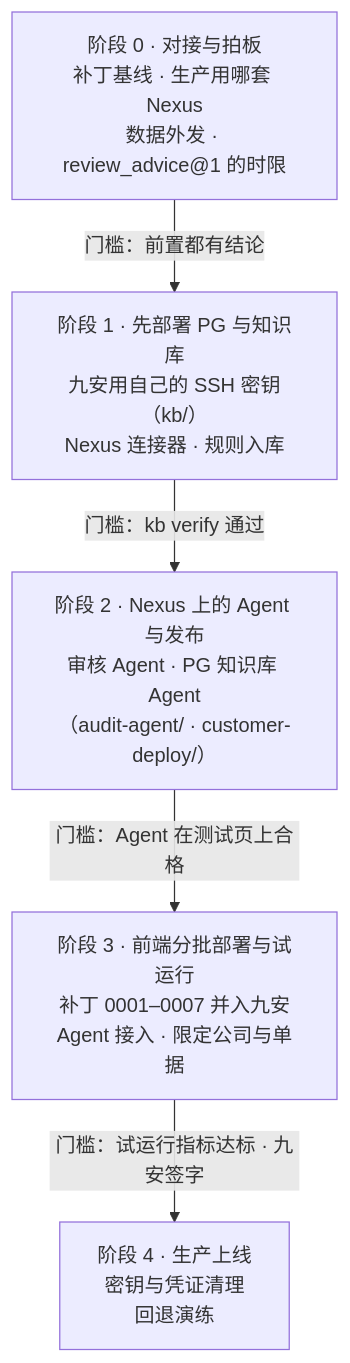
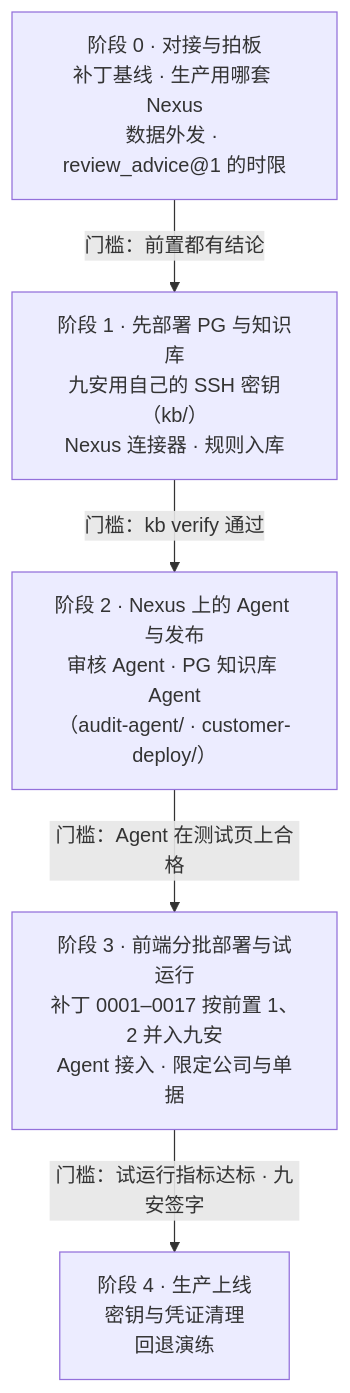
One commit to LiboMa/nexus-jiuan-agent-framework-poc changed the diagram in docs/assets/diagrams/rollout-phases.mmd. Above: the diagram before and after it, drawn with Mermaid. The commit also changed 38 other files, not shown here.

```diff
--- a/docs/assets/diagrams/rollout-phases.mmd
+++ b/docs/assets/diagrams/rollout-phases.mmd
@@ -1,14 +1,14 @@
 flowchart TB
   p0["阶段 0 · 对接与拍板<br/>补丁基线 · 生产用哪套 Nexus<br/>数据外发 · review_advice@1 的时限"]
   p1["阶段 1 · 先部署 PG 与知识库<br/>九安用自己的 SSH 密钥（kb/）<br/>Nexus 连接器 · 规则入库"]
   p2["阶段 2 · Nexus 上的 Agent 与发布<br/>审核 Agent · PG 知识库 Agent<br/>（audit-agent/ · customer-deploy/）"]
-  p3["阶段 3 · 前端分批部署与试运行<br/>补丁 0001–0007 并入九安<br/>Agent 接入 · 限定公司与单据"]
+  p3["阶段 3 · 前端分批部署与试运行<br/>补丁 0001–0017 按前置 1、2 并入九安<br/>Agent 接入 · 限定公司与单据"]
   p4["阶段 4 · 生产上线<br/>密钥与凭证清理<br/>回退演练"]
   p0 -- "门槛：前置都有结论" --> p1
   p1 -- "门槛：kb verify 通过" --> p2
   p2 -- "门槛：Agent 在测试页上合格" --> p3
   p3 -- "门槛：试运行指标达标 · 九安签字" --> p4
   class p0 warn
   class p1,p2 poc
   class p3 jiuan
   class p4 good
```
